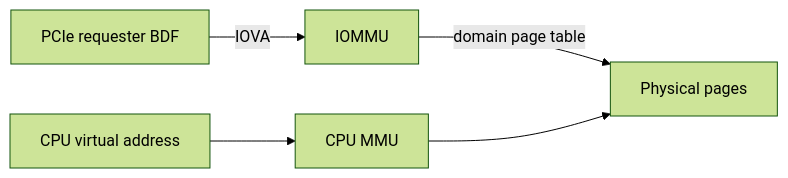
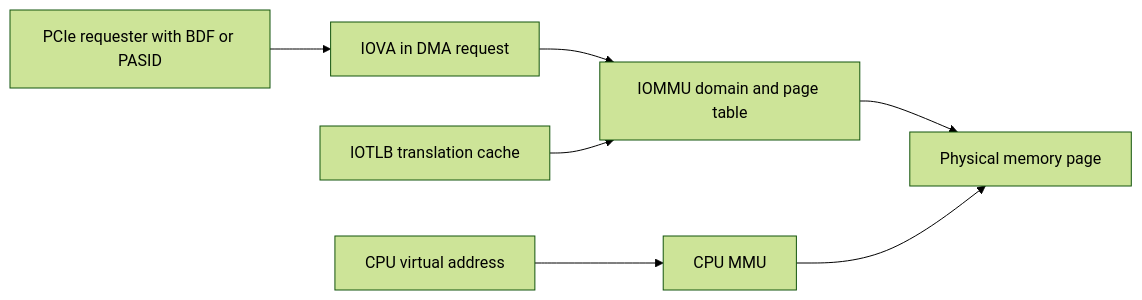
Before and after one commit to cdragon-ljl/EEandEdgeAI: the first of 2 diagrams in docs/articles/pcie/pci-07-iommu-address-translation.md, drawn with Mermaid (forest theme). The commit also changed other lines of this file and 3 other files, not shown here.

````diff
--- a/docs/articles/pcie/pci-07-iommu-address-translation.md
+++ b/docs/articles/pcie/pci-07-iommu-address-translation.md
@@ -18,6 +18,9 @@
 ```mermaid
 flowchart LR
-    DEV[PCIe requester BDF] -->|IOVA| IOMMU
-    IOMMU -->|domain page table| PA[Physical pages]
-    CPU[CPU virtual address] --> MMU[CPU MMU] --> PA
+    DEV[PCIe requester with BDF or PASID] --> IOVA[IOVA in DMA request]
+    IOVA --> IOMMU[IOMMU domain and page table]
+    IOMMU --> PA[Physical memory page]
+    CPUVA[CPU virtual address] --> MMU[CPU MMU]
+    MMU --> PA
+    IOTLB[IOTLB translation cache] --> IOMMU
 ```
````
